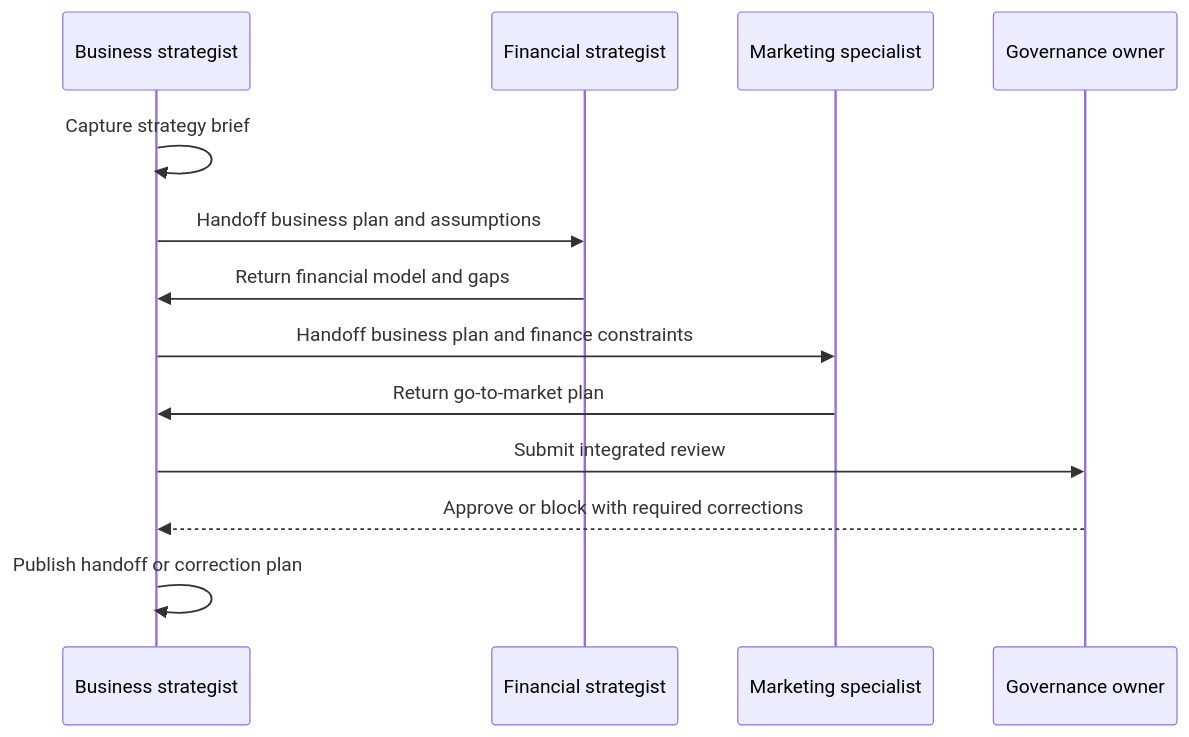
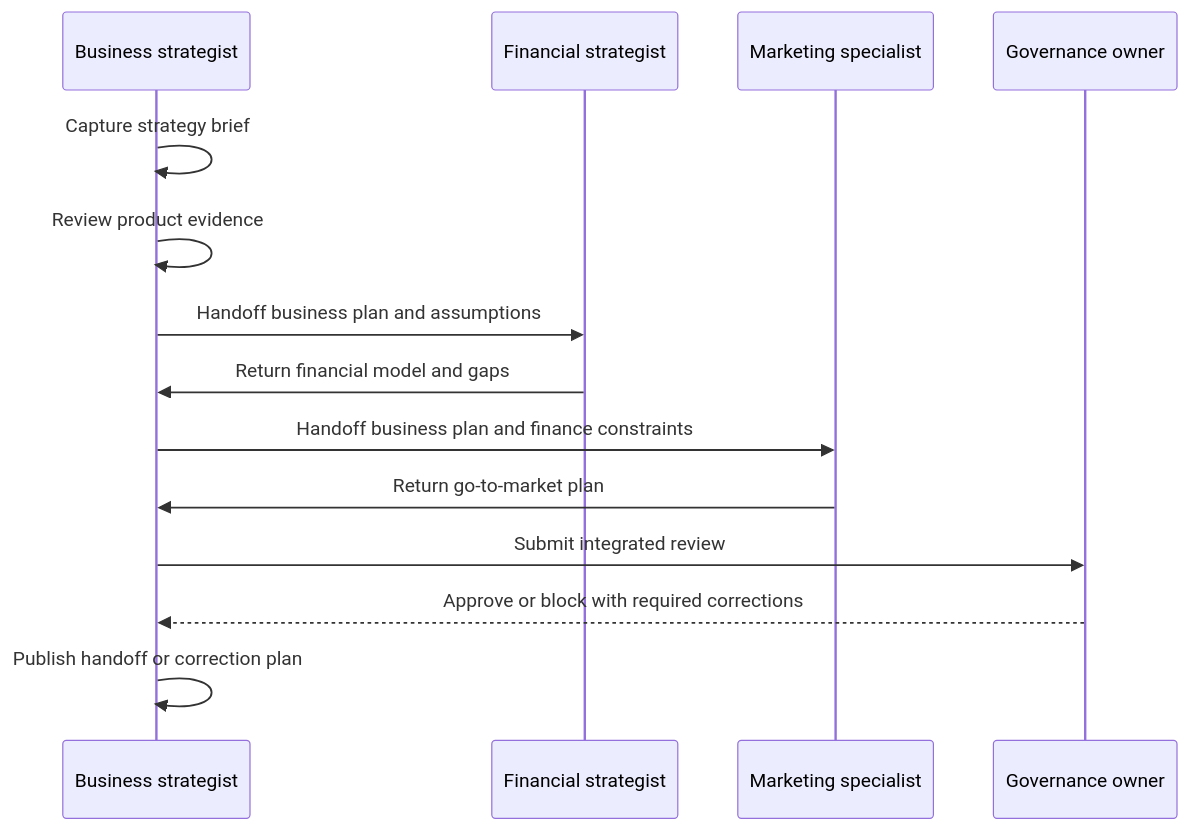
One commit to fyziktom/CanDoItAll changed the diagram in Templates/Processes/processes/business-plan-development/mermaid/sequence.mmd. Above: the diagram before and after it, drawn with Mermaid. The commit also changed 48 other files, not shown here.

```diff
--- a/Templates/Processes/processes/business-plan-development/mermaid/sequence.mmd
+++ b/Templates/Processes/processes/business-plan-development/mermaid/sequence.mmd
@@ -1,13 +1,14 @@
 sequenceDiagram
     participant B as Business strategist
     participant F as Financial strategist
     participant M as Marketing specialist
     participant G as Governance owner
     B->>B: Capture strategy brief
+    B->>B: Review product evidence
     B->>F: Handoff business plan and assumptions
     F->>B: Return financial model and gaps
     B->>M: Handoff business plan and finance constraints
     M->>B: Return go-to-market plan
     B->>G: Submit integrated review
     G-->>B: Approve or block with required corrections
     B->>B: Publish handoff or correction plan
```
